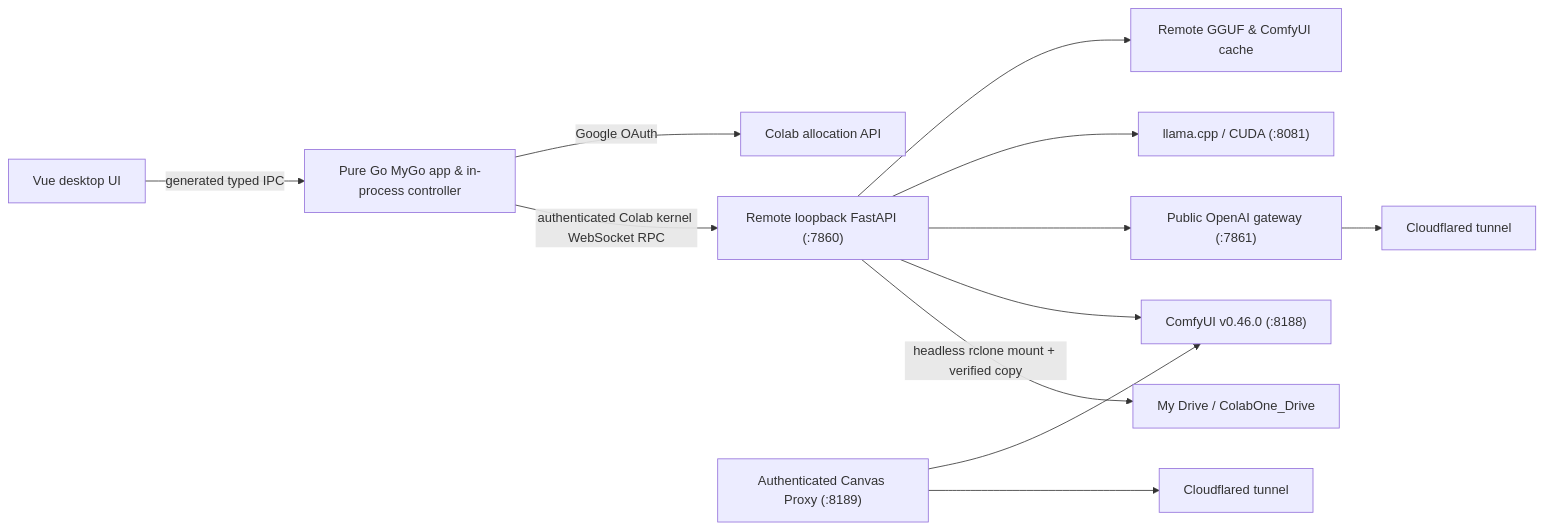
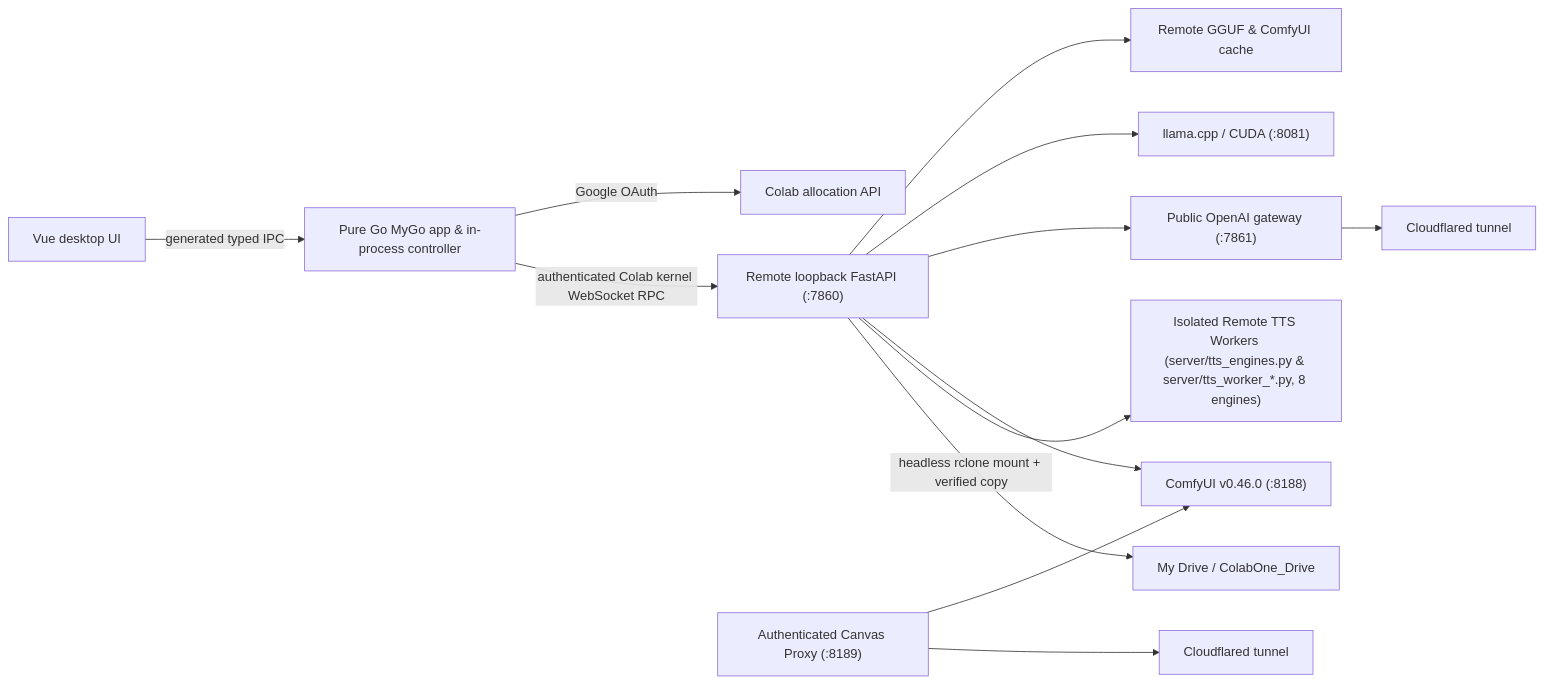
One commit to luolongfei/ColabOne changed the diagram in docs/architecture.md. Above: the diagram before and after it, drawn with Mermaid. The commit also changed other lines of this file and 72 other files, not shown here.

First line of the commit message:
feat: integrate 8 flagship remote GPU TTS engines, voice audition preview, and enforce arrow-free UI

````diff
--- a/docs/architecture.md
+++ b/docs/architecture.md
@@ -3,14 +3,15 @@
 ```mermaid
 flowchart LR
   UI[Vue desktop UI] -->|generated typed IPC| Go["Pure Go MyGo app & in-process controller"]
   Go -->|Google OAuth| Colab[Colab allocation API]
   Go -->|authenticated Colab kernel WebSocket RPC| API["Remote loopback FastAPI (:7860)"]
   API --> Cache[Remote GGUF & ComfyUI cache]
   API --> Llama["llama.cpp / CUDA (:8081)"]
   API --> PublicAPI["Public OpenAI gateway (:7861)"]
   PublicAPI --> CF1[Cloudflared tunnel]
   API --> Comfy["ComfyUI v0.46.0 (:8188)"]
+  API --> TTS["Isolated Remote TTS Workers (server/tts_engines.py & server/tts_worker_*.py, 8 engines)"]
   ComfyProxy["Authenticated Canvas Proxy (:8189)"] --> Comfy
   ComfyProxy --> CF2[Cloudflared tunnel]
   API -->|headless rclone mount + verified copy| Drive[My Drive / ColabOne_Drive]
 ```
````
